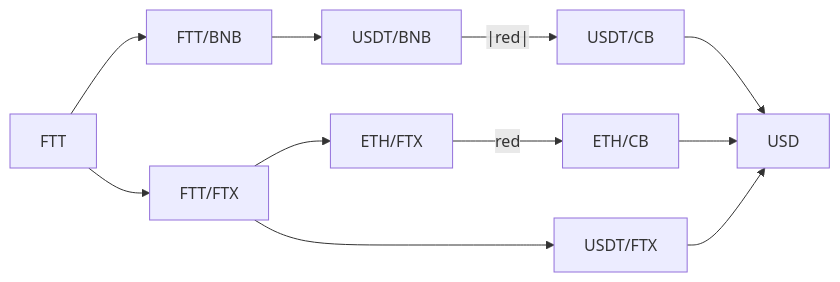
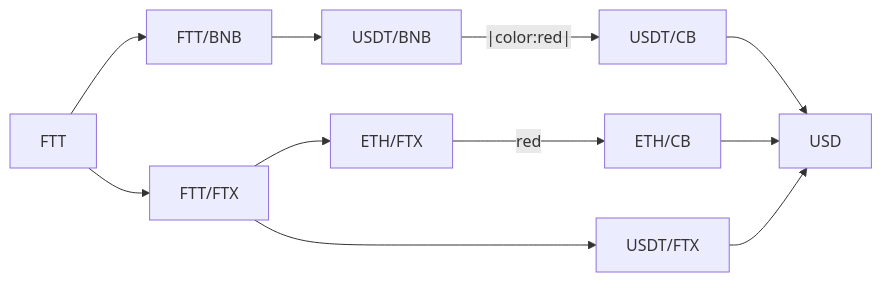
The second of 2 diagrams in ubuntu_os.md (Ramzgate/node_setup), drawn with Mermaid before and after one commit.

Commit message:
ubuntu install instructions

````diff
--- a/ubuntu_os.md
+++ b/ubuntu_os.md
@@ -78,13 +78,13 @@
 ```mermaid
 graph LR
   A[FTT] --> B[FTT/BNB]
   B --> C[USDT/BNB]
-  C --|red|--> D[USDT/CB]
+  C -- |color:red| --> D[USDT/CB]
   D --> E[USD]
   A --> F[FTT/FTX]
   F --> G[ETH/FTX]
   G -->|red| H[ETH/CB]
   H --> E
   F --> I[USDT/FTX]
   I --> E
 ```
````
